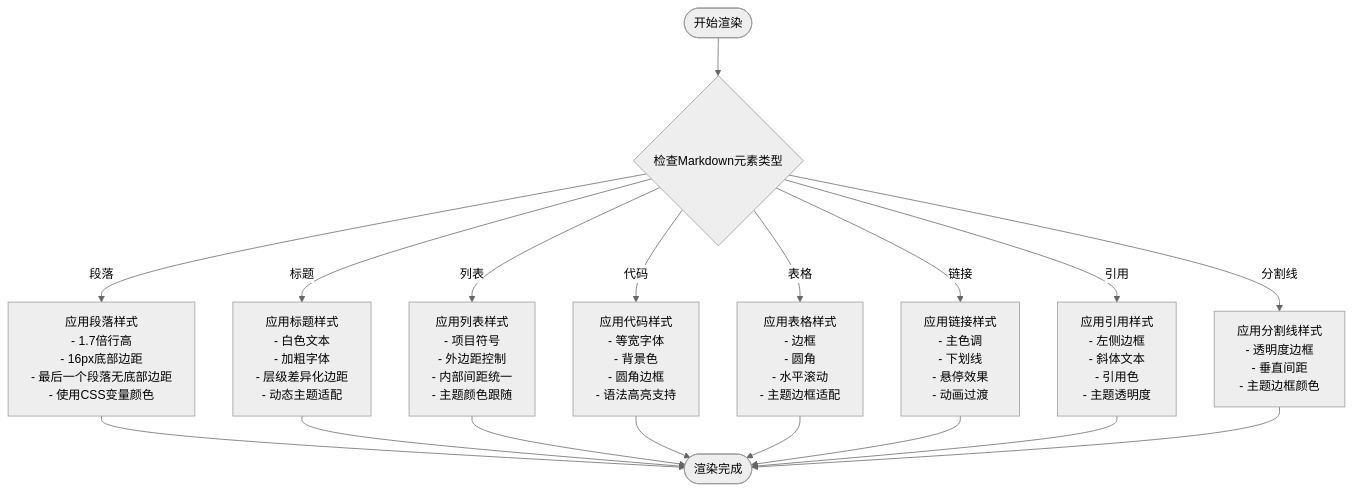
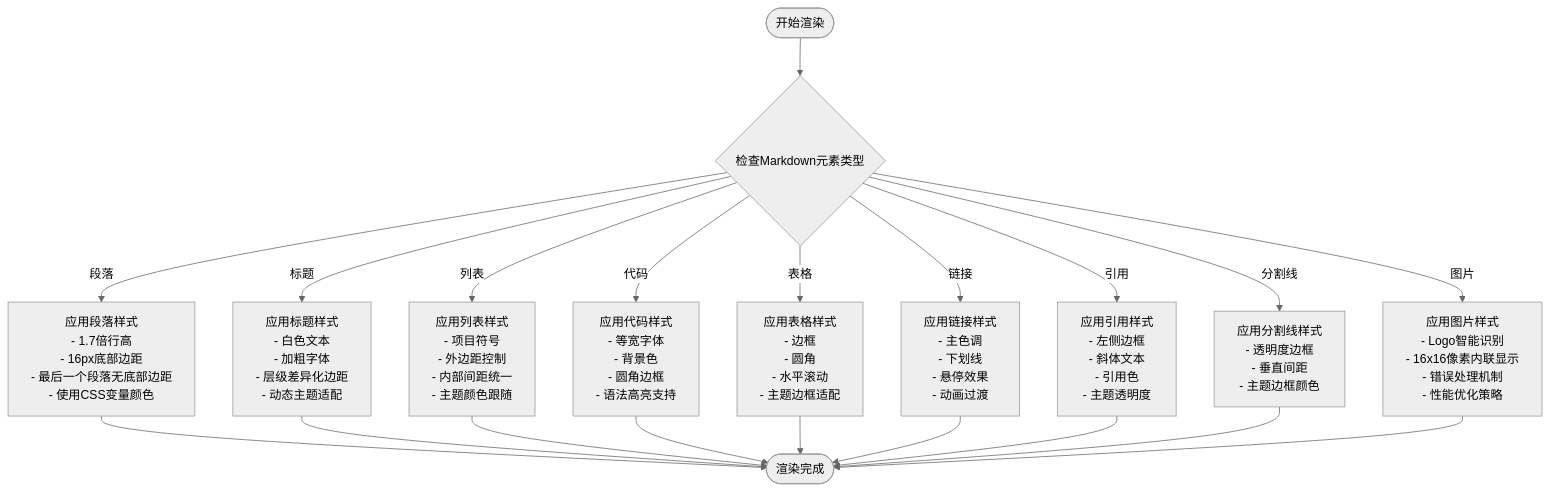
One commit to CryptoLinxu/Web3-AI-Agent changed the fifth of 12 diagrams in .qoder/repowiki/zh/content/项目概述/整体架构概览/Web应用程序/Markdown渲染功能.md. Above: the diagram before and after it, drawn with Mermaid (neutral theme). The commit also changed other lines of this file and 5 other files, not shown here.

````diff
--- a/.qoder/repowiki/zh/content/项目概述/整体架构概览/Web应用程序/Markdown渲染功能.md
+++ b/.qoder/repowiki/zh/content/项目概述/整体架构概览/Web应用程序/Markdown渲染功能.md
@@ -259,20 +275,22 @@
 ```mermaid
 flowchart TD
 Start([开始渲染]) --> CheckElement{"检查Markdown元素类型"}
 CheckElement --> |段落| ParagraphStyle["应用段落样式<br/>- 1.7倍行高<br/>- 16px底部边距<br/>- 最后一个段落无底部边距<br/>- 使用CSS变量颜色"]
 CheckElement --> |标题| HeadingStyle["应用标题样式<br/>- 白色文本<br/>- 加粗字体<br/>- 层级差异化边距<br/>- 动态主题适配"]
 CheckElement --> |列表| ListStyle["应用列表样式<br/>- 项目符号<br/>- 外边距控制<br/>- 内部间距统一<br/>- 主题颜色跟随"]
 CheckElement --> |代码| CodeStyle["应用代码样式<br/>- 等宽字体<br/>- 背景色<br/>- 圆角边框<br/>- 语法高亮支持"]
 CheckElement --> |表格| TableStyle["应用表格样式<br/>- 边框<br/>- 圆角<br/>- 水平滚动<br/>- 主题边框适配"]
 CheckElement --> |链接| LinkStyle["应用链接样式<br/>- 主色调<br/>- 下划线<br/>- 悬停效果<br/>- 动画过渡"]
 CheckElement --> |引用| BlockquoteStyle["应用引用样式<br/>- 左侧边框<br/>- 斜体文本<br/>- 引用色<br/>- 主题透明度"]
 CheckElement --> |分割线| HRStyle["应用分割线样式<br/>- 透明度边框<br/>- 垂直间距<br/>- 主题边框颜色"]
+CheckElement --> |图片| ImageStyle["应用图片样式<br/>- Logo智能识别<br/>- 16x16像素内联显示<br/>- 错误处理机制<br/>- 性能优化策略"]
 ParagraphStyle --> End([渲染完成])
 HeadingStyle --> End
 ListStyle --> End
 CodeStyle --> End
 TableStyle --> End
 LinkStyle --> End
 BlockquoteStyle --> End
 HRStyle --> End
+ImageStyle --> End
 ```
````
